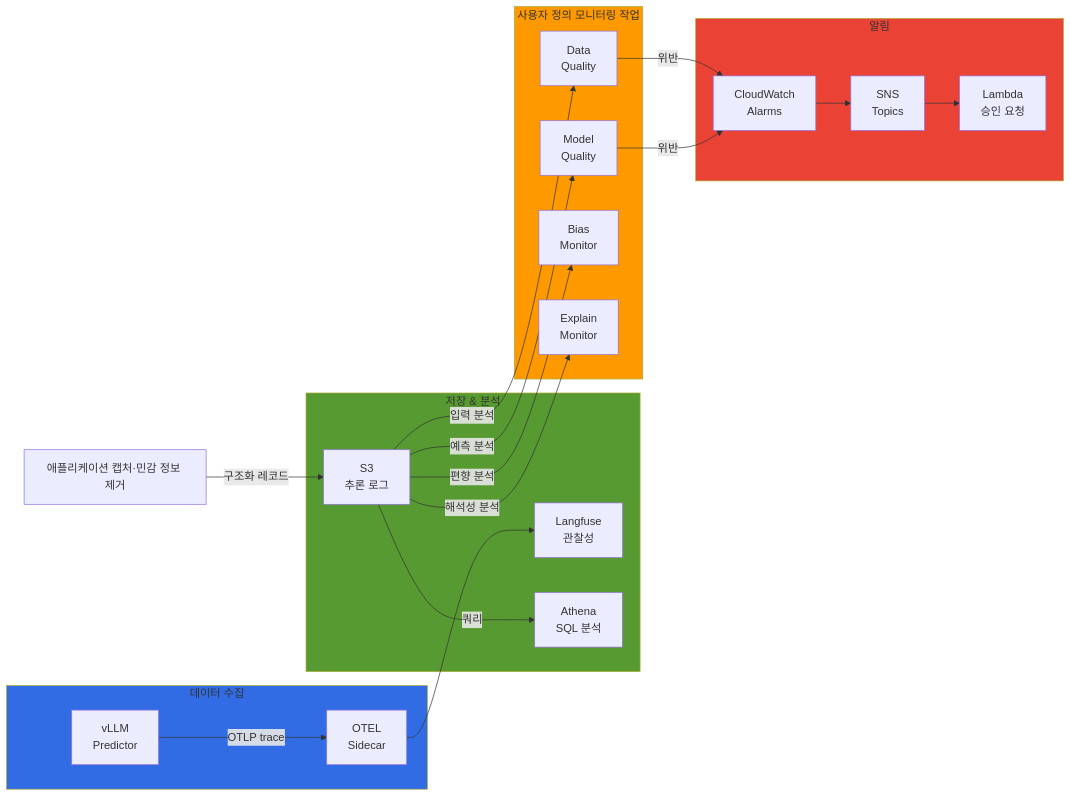
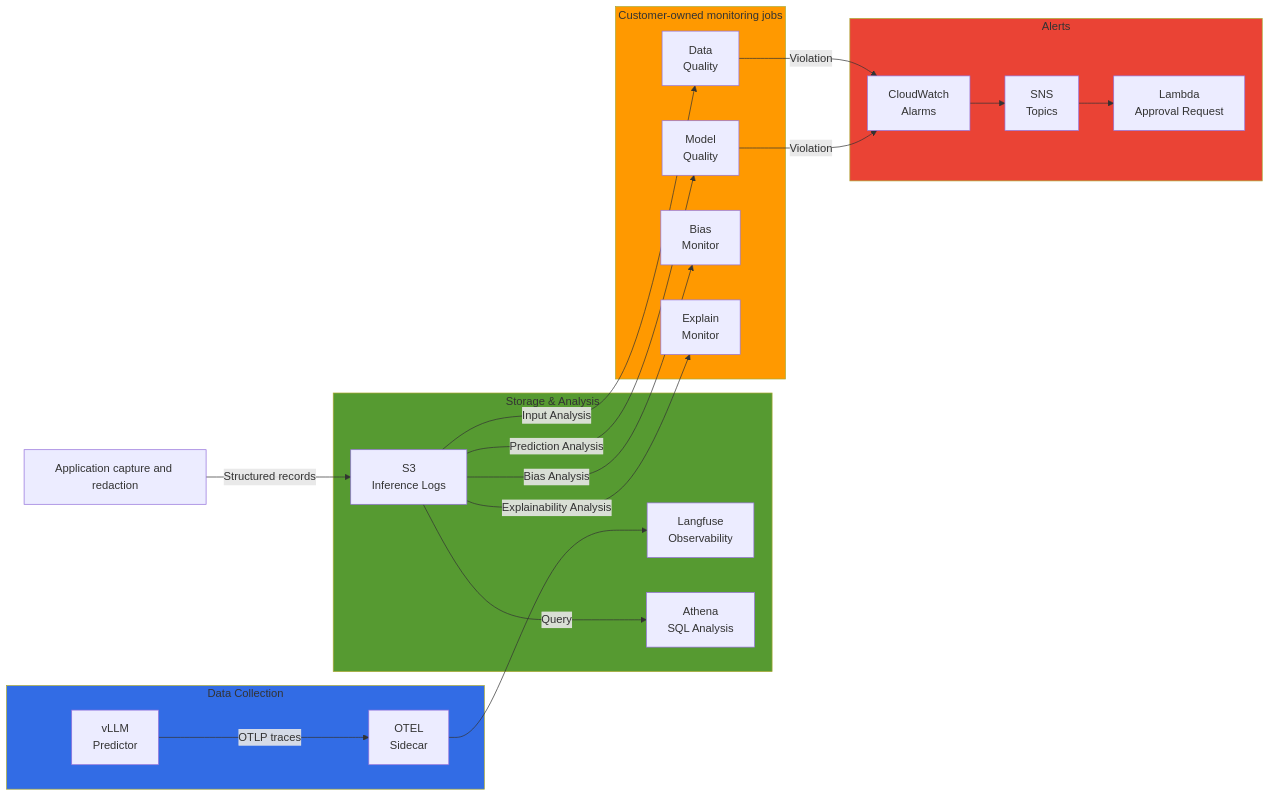
The fourth of 4 diagrams in docs/agentic-ai-platform/reference-architecture/integrations/sagemaker-eks-integration.md (devfloor9/engineering-playbook), drawn with Mermaid before and after one commit. The commit also changed other lines of this file and 954 other files, not shown here.

````diff
--- a/docs/agentic-ai-platform/reference-architecture/integrations/sagemaker-eks-integration.md
+++ b/docs/agentic-ai-platform/reference-architecture/integrations/sagemaker-eks-integration.md
@@ -796,48 +796,48 @@
 ```mermaid
 flowchart LR
-    subgraph Collection["데이터 수집"]
+    subgraph Collection["Data Collection"]
         VLLM[vLLM<br/>Predictor]
         OTEL[OTEL<br/>Sidecar]
     end
 
-    subgraph Storage["저장 & 분석"]
-        S3_LOGS[S3<br/>추론 로그]
-        LANGFUSE[Langfuse<br/>관찰성]
-        ATHENA[Athena<br/>SQL 분석]
+    subgraph Storage["Storage & Analysis"]
+        S3_LOGS[S3<br/>Inference Logs]
+        LANGFUSE[Langfuse<br/>Observability]
+        ATHENA[Athena<br/>SQL Analysis]
     end
 
-    subgraph Monitor["사용자 정의 모니터링 작업"]
+    subgraph Monitor["Customer-owned monitoring jobs"]
         DATA_QUALITY[Data<br/>Quality]
         MODEL_QUALITY[Model<br/>Quality]
         BIAS[Bias<br/>Monitor]
         EXPLAINABILITY[Explain<br/>Monitor]
     end
 
-    subgraph Alert["알림"]
+    subgraph Alert["Alerts"]
         CW_ALARMS[CloudWatch<br/>Alarms]
         SNS[SNS<br/>Topics]
-        LAMBDA[Lambda<br/>승인 요청]
+        LAMBDA[Lambda<br/>Approval Request]
     end
 
-    VLLM -->|OTLP trace| OTEL
-    CAPTURE[애플리케이션 캡처·민감 정보 제거] -->|구조화 레코드| S3_LOGS
+    VLLM -->|OTLP traces| OTEL
+    CAPTURE[Application capture and redaction] -->|Structured records| S3_LOGS
     OTEL --> LANGFUSE
 
 
-    S3_LOGS -->|입력 분석| DATA_QUALITY
-    S3_LOGS -->|예측 분석| MODEL_QUALITY
-    S3_LOGS -->|편향 분석| BIAS
-    S3_LOGS -->|해석성 분석| EXPLAINABILITY
+    S3_LOGS -->|Input Analysis| DATA_QUALITY
+    S3_LOGS -->|Prediction Analysis| MODEL_QUALITY
+    S3_LOGS -->|Bias Analysis| BIAS
+    S3_LOGS -->|Explainability Analysis| EXPLAINABILITY
 
-    S3_LOGS -->|쿼리| ATHENA
+    S3_LOGS -->|Query| ATHENA
 
-    DATA_QUALITY -->|위반| CW_ALARMS
-    MODEL_QUALITY -->|위반| CW_ALARMS
+    DATA_QUALITY -->|Violation| CW_ALARMS
+    MODEL_QUALITY -->|Violation| CW_ALARMS
     CW_ALARMS --> SNS
     SNS --> LAMBDA
 
     style Collection fill:#326ce5
     style Storage fill:#569a31
     style Monitor fill:#ff9900
     style Alert fill:#ea4335
 ```
````
